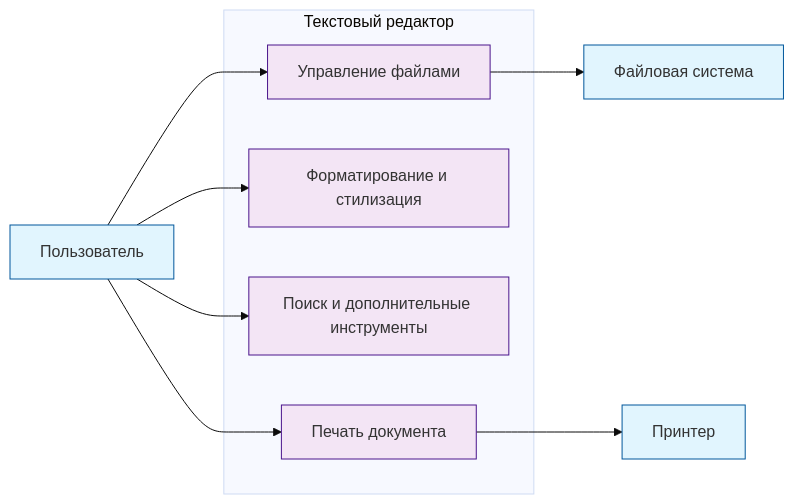
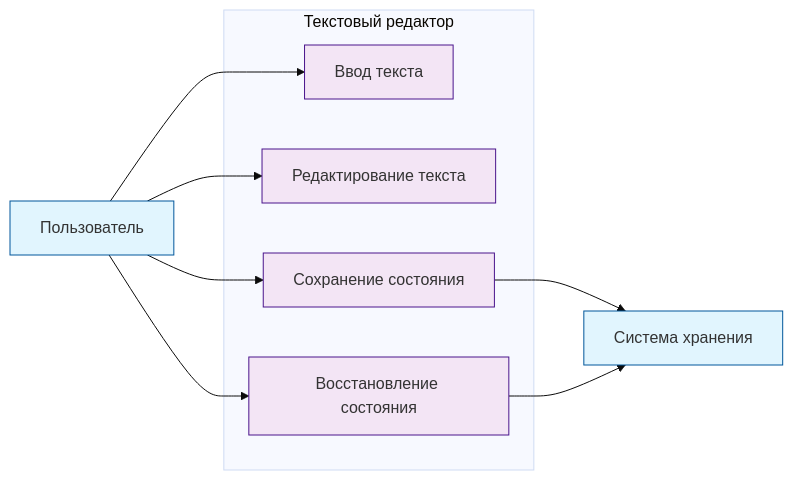
One commit to penamarth/bsbo-16-23_team5_var11_textedit changed the diagram in Документация/Преценденты/Диаграмма прецедентов.md. Above: the diagram before and after it, drawn with Mermaid (base theme). The commit also changed 12 other files, not shown here.

Commit message:
Обновлена диаграмма прецедентов,  классов и последовательностей

````diff
--- a/Документация/Преценденты/Диаграмма прецедентов.md
+++ b/Документация/Преценденты/Диаграмма прецедентов.md
@@ -3,25 +3,24 @@
 ```mermaid
 flowchart LR
     actor1[Пользователь]:::actor
-    actor2[Файловая система]:::actor
-    actor3[Принтер]:::actor
+    actor2[Система хранения]:::actor
 
     subgraph editor[Текстовый редактор]
-        UC1[Управление файлами]
-        UC2[Форматирование и стилизация]
-        UC3[Поиск и дополнительные инструменты]
-        UC4[Печать документа]
+        UC1[Ввод текста]
+        UC2[Редактирование текста]
+        UC3[Сохранение состояния]
+        UC4[Восстановление состояния]
     end
 
     actor1 --> UC1
     actor1 --> UC2
     actor1 --> UC3
     actor1 --> UC4
-
-    UC1 --> actor2
-    UC4 --> actor3
+    UC3 --> actor2
+    UC4 --> actor2
 
     classDef actor fill:#e1f5fe,stroke:#01579b
     classDef usecase fill:#f3e5f5,stroke:#4a148c
     class UC1,UC2,UC3,UC4 usecase
+    class actor1,actor2 actor
 ```
````
